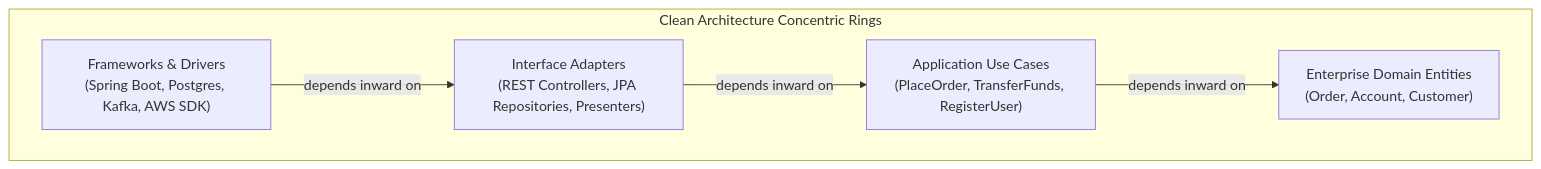
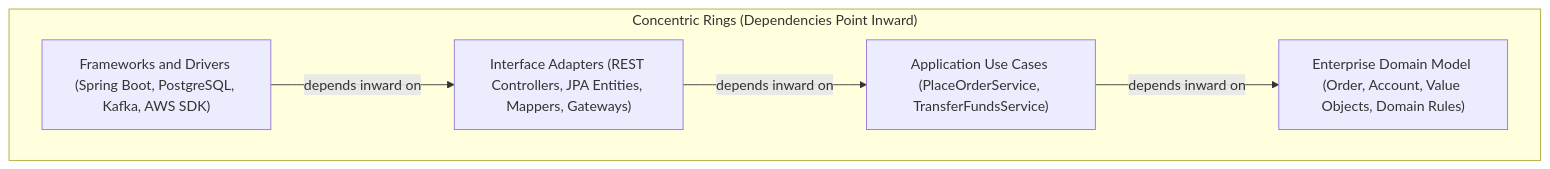
Before and after one commit to ravishankar2463/java_hub: the third of 5 diagrams in content/roadmap/level-6/architectural-patterns.md, drawn with Mermaid. The commit also changed other lines of this file and 119 other files, not shown here.

Commit message:
feat: add comprehensive java learning roadmap content across multiple levels

````diff
--- a/content/roadmap/level-6/architectural-patterns.md
+++ b/content/roadmap/level-6/architectural-patterns.md
@@ -183,13 +192,13 @@
 ```mermaid
 flowchart TD
-    subgraph "Clean Architecture Concentric Rings"
-        L4["Frameworks & Drivers<br/>(Spring Boot, Postgres, Kafka, AWS SDK)"]
-        L3["Interface Adapters<br/>(REST Controllers, JPA Repositories, Presenters)"]
-        L2["Application Use Cases<br/>(PlaceOrder, TransferFunds, RegisterUser)"]
-        L1["Enterprise Domain Entities<br/>(Order, Account, Customer)"]
+    subgraph "Concentric Rings (Dependencies Point Inward)"
+        L4["Frameworks and Drivers (Spring Boot, PostgreSQL, Kafka, AWS SDK)"]
+        L3["Interface Adapters (REST Controllers, JPA Entities, Mappers, Gateways)"]
+        L2["Application Use Cases (PlaceOrderService, TransferFundsService)"]
+        L1["Enterprise Domain Model (Order, Account, Value Objects, Domain Rules)"]
     end
 
-    L4 -->|depends inward on| L3
-    L3 -->|depends inward on| L2
-    L2 -->|depends inward on| L1
+    L4 -->|"depends inward on"| L3
+    L3 -->|"depends inward on"| L2
+    L2 -->|"depends inward on"| L1
 ```
````
